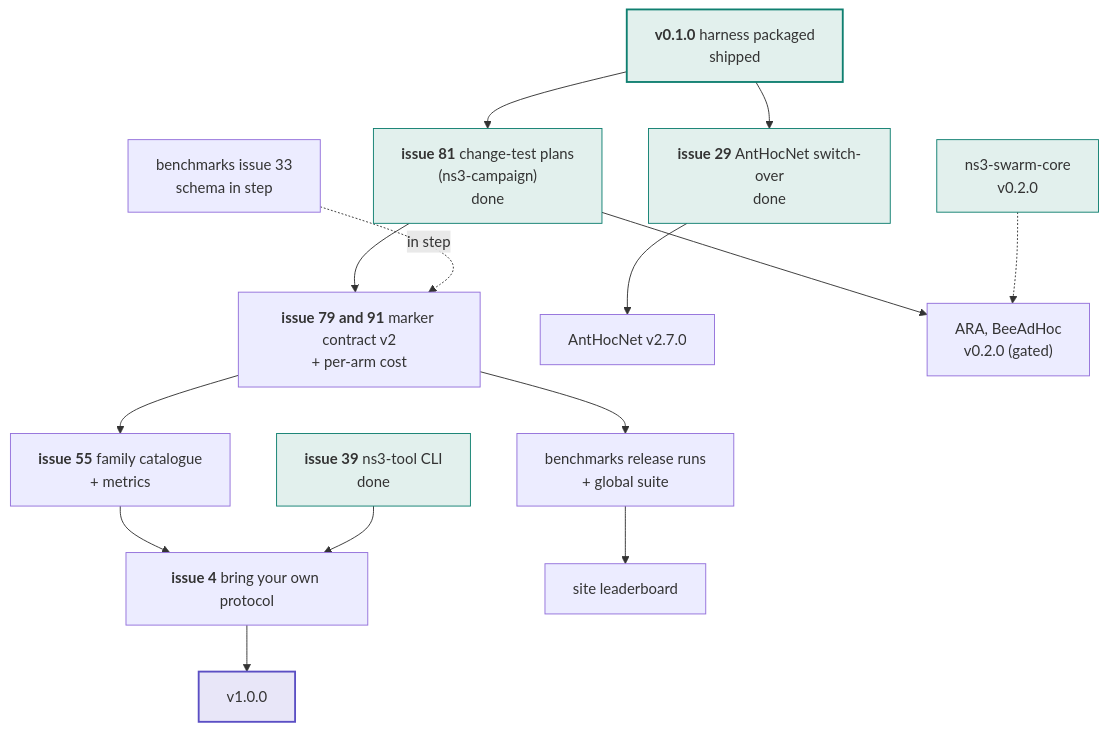
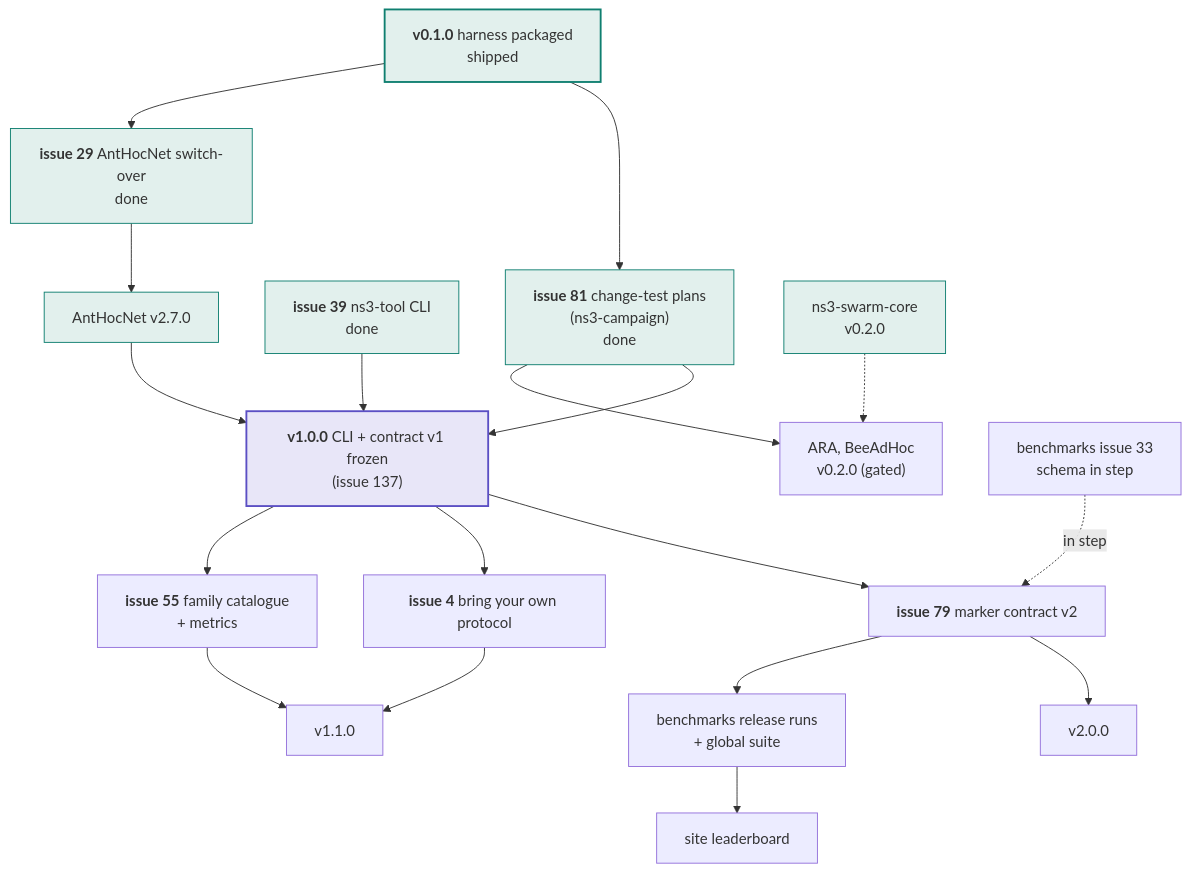
One commit to swarm-routing/ns3-tools changed the second of 2 diagrams in docs/roadmap.md. Above: the diagram before and after it, drawn with Mermaid. The commit also changed other lines of this file and 7 other files, not shown here.

First line of the commit message:
docs(roadmap): v1.0.0 freezes contract v1 and the cli; contract v2 is 2.0.0 (#181)

````diff
--- a/docs/roadmap.md
+++ b/docs/roadmap.md
@@ -65,34 +83,40 @@
 ```mermaid
 flowchart TB
     V01["<b>v0.1.0</b> harness packaged<br/>shipped"]
     T81["<b>issue 81</b> change-test plans<br/>(ns3-campaign)<br/>done"]
     T29["<b>issue 29</b> AntHocNet switch-over<br/>done"]
-    T79["<b>issue 79 and 91</b> marker contract v2<br/>+ per-arm cost"]
+    V10["<b>v1.0.0</b> CLI + contract v1 frozen<br/>(issue 137)"]
+    T79["<b>issue 79</b> marker contract v2"]
     TOOLS["<b>issue 39</b> ns3-tool CLI<br/>done"]
     FAM["<b>issue 55</b> family catalogue<br/>+ metrics"]
     DOC["<b>issue 4</b> bring your own protocol"]
 
     AHN["AntHocNet v2.7.0"]
     SC["ns3-swarm-core<br/>v0.2.0"]
     PROT["ARA, BeeAdHoc<br/>v0.2.0 (gated)"]
     BEN["benchmarks issue 33<br/>schema in step"]
     LEAD["benchmarks release runs<br/>+ global suite"]
     SITE["site leaderboard"]
 
     V01 --> T29 --> AHN
     V01 --> T81
     T81 --> PROT
     SC -.-> PROT
-    T81 --> T79
+    AHN --> V10
+    TOOLS --> V10
+    T81 --> V10
+    V10 --> FAM --> V11["v1.1.0"]
+    V10 --> DOC --> V11
+    V10 --> T79
     BEN -.->|"in step"| T79
     T79 --> LEAD --> SITE
-    T79 --> FAM --> DOC --> V10["v1.0.0"]
-    TOOLS --> DOC
+    T79 --> V20["v2.0.0"]
 
     style V01 fill:#e2f0ed,stroke:#0f7f70,stroke-width:2px
     style T29 fill:#e2f0ed,stroke:#0f7f70
     style T81 fill:#e2f0ed,stroke:#0f7f70
     style TOOLS fill:#e2f0ed,stroke:#0f7f70
     style SC fill:#e2f0ed,stroke:#0f7f70
+    style AHN fill:#e2f0ed,stroke:#0f7f70
     style V10 fill:#e8e6f8,stroke:#5b4fc4,stroke-width:2px
 ```
````
